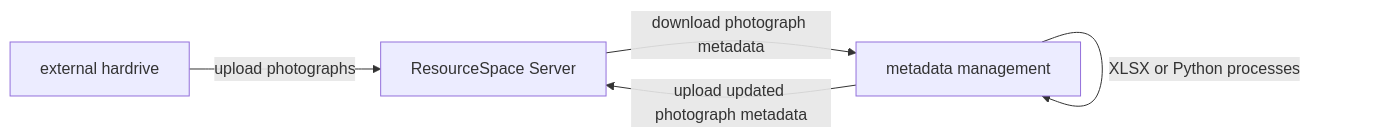
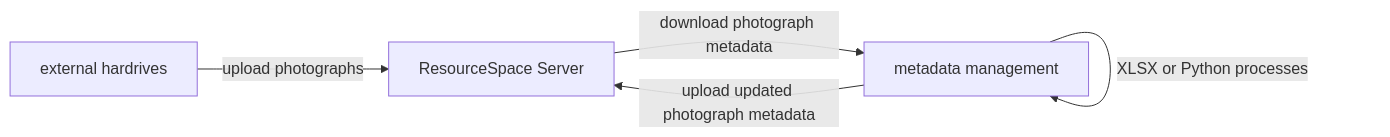
The first of 2 diagrams in projects/apaame/README.md (eamena-project/eamena-arches-dev), drawn with Mermaid before and after one commit. The commit also changed other lines of this file and 1 other file, not shown here.

````diff
--- a/projects/apaame/README.md
+++ b/projects/apaame/README.md
@@ -6,13 +8,13 @@
 ```mermaid
 flowchart LR
-	id1[external hardrive]
+	id1[external hardrives]
 	id2[ResourceSpace Server]
 	id3[metadata management]
 
   id1 -- upload photographs --> id2[ResourceSpace Server]
   id2 -- download photograph metadata --> id3
   id3 -- XLSX or Python processes --> id3
   id3 -- upload updated photograph metadata --> id2
 
   click id2 "https://apaame.arch.ox.ac.uk/" _blank
 ```
````
